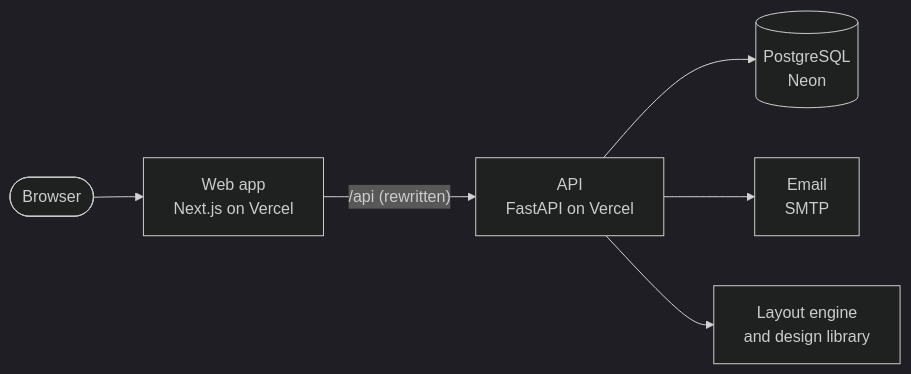
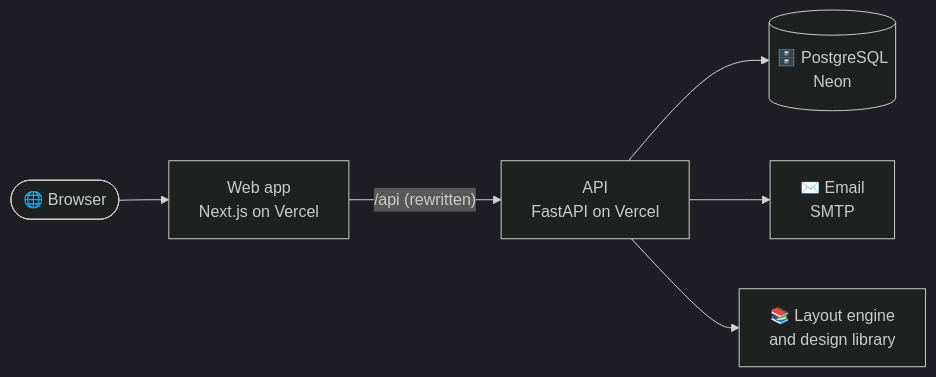
One commit to Sumit0802-afk/NEXORA changed the third of 4 diagrams in README.md. Above: the diagram before and after it, drawn with Mermaid (dark theme). The commit also changed other lines of this file, not shown here.

````diff
--- a/README.md
+++ b/README.md
@@ -300,8 +300,8 @@
 ```mermaid
 flowchart LR
-    U([Browser]) --> F[Web app<br/>Next.js on Vercel]
+    U([🌐 Browser]) --> F[Web app<br/>Next.js on Vercel]
     F -- "/api (rewritten)" --> B[API<br/>FastAPI on Vercel]
-    B --> D[(PostgreSQL<br/>Neon)]
-    B --> M[Email<br/>SMTP]
-    B --> L[Layout engine<br/>and design library]
+    B --> D[(🗄️ PostgreSQL<br/>Neon)]
+    B --> M[✉️ Email<br/>SMTP]
+    B --> L[📚 Layout engine<br/>and design library]
 ```
````
